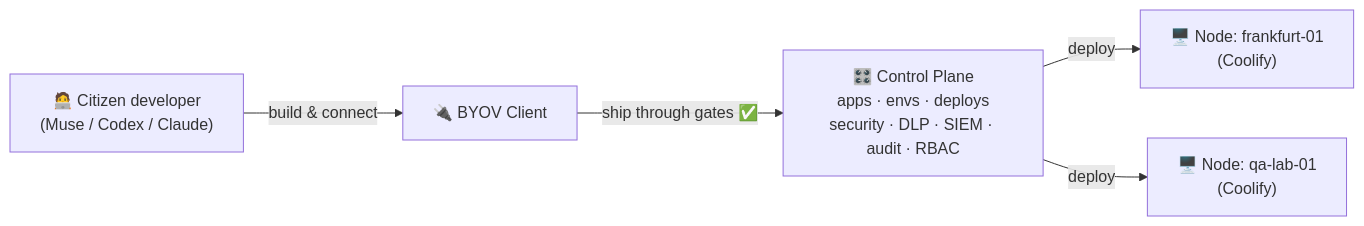
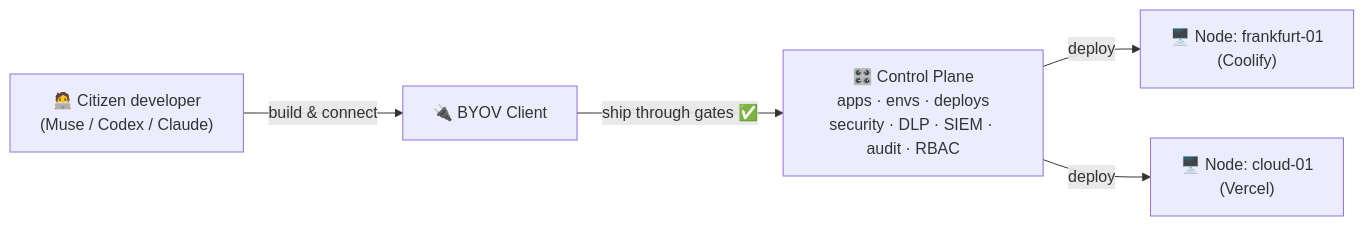
One commit to michalmie/byov changed the diagram in README.md. Above: the diagram before and after it, drawn with Mermaid. The commit also changed other lines of this file and 29 other files, not shown here.

First line of the commit message:
Implement adding Vercel as a node type (#36)

````diff
--- a/README.md
+++ b/README.md
@@ -89,13 +89,13 @@
 ```mermaid
 flowchart LR
     Dev["🧑‍💻 Citizen developer<br/>(Muse / Codex / Claude)"]
     Client["🔌 BYOV Client"]
     CP["🎛️ Control Plane<br/>apps · envs · deploys<br/>security · DLP · SIEM · audit · RBAC"]
     NodeA["🖥️ Node: frankfurt-01<br/>(Coolify)"]
-    NodeB["🖥️ Node: qa-lab-01<br/>(Coolify)"]
+    NodeB["🖥️ Node: cloud-01<br/>(Vercel)"]
 
     Dev -->|build & connect| Client
     Client -->|ship through gates ✅| CP
     CP -->|deploy| NodeA
     CP -->|deploy| NodeB
 ```
````
